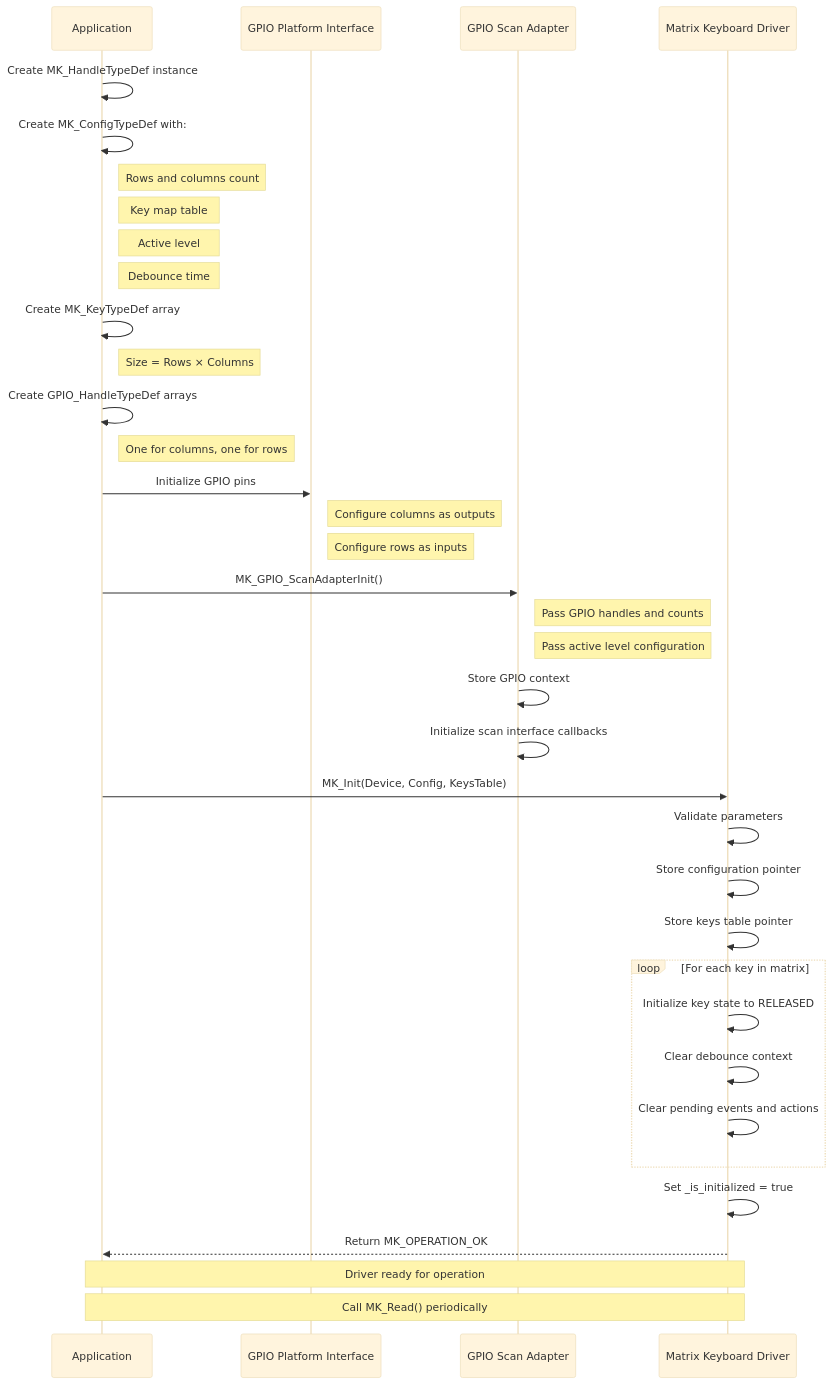
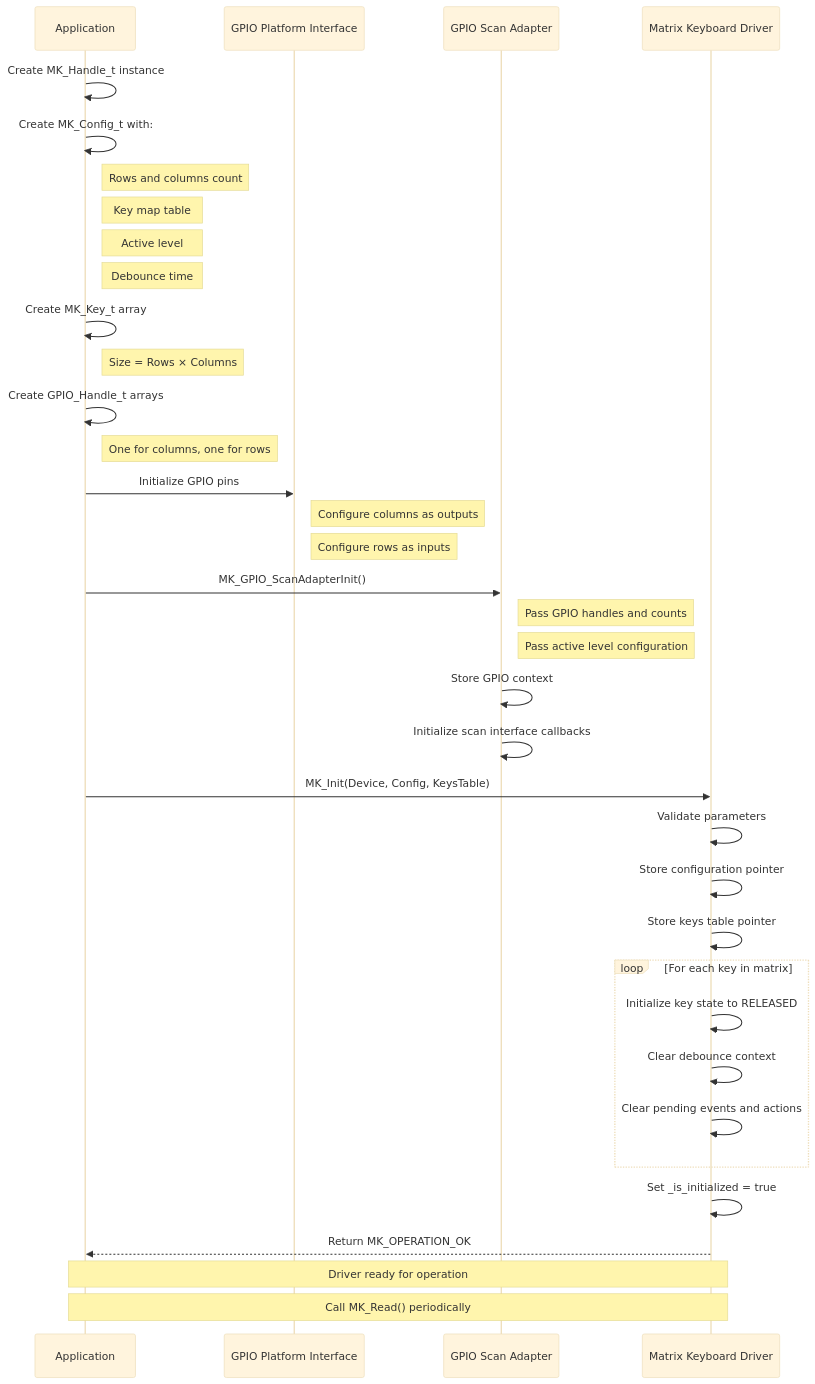
One commit to JP-REY/STM32F103C8T6-Based-Electronic-Lock changed the third of 6 diagrams in Libs/Components/MatrixKeyboard/README.md. Above: the diagram before and after it, drawn with Mermaid (base theme). The commit also changed other lines of this file and 32 other files, not shown here.

````diff
--- a/Libs/Components/MatrixKeyboard/README.md
+++ b/Libs/Components/MatrixKeyboard/README.md
@@ -522,50 +522,50 @@
 ```mermaid
 sequenceDiagram
     participant APP as Application
     participant GPIO as GPIO Platform Interface
     participant ADAPTER as GPIO Scan Adapter
     participant DRIVER as Matrix Keyboard Driver
 
-    APP->>APP: Create MK_HandleTypeDef instance
-    APP->>APP: Create MK_ConfigTypeDef with:
+    APP->>APP: Create MK_Handle_t instance
+    APP->>APP: Create MK_Config_t with:
     Note right of APP: Rows and columns count
     Note right of APP: Key map table
     Note right of APP: Active level
     Note right of APP: Debounce time
 
-    APP->>APP: Create MK_KeyTypeDef array
+    APP->>APP: Create MK_Key_t array
     Note right of APP: Size = Rows × Columns
 
-    APP->>APP: Create GPIO_HandleTypeDef arrays
+    APP->>APP: Create GPIO_Handle_t arrays
     Note right of APP: One for columns, one for rows
 
     APP->>GPIO: Initialize GPIO pins
     Note right of GPIO: Configure columns as outputs
     Note right of GPIO: Configure rows as inputs
 
     APP->>ADAPTER: MK_GPIO_ScanAdapterInit()
     Note right of ADAPTER: Pass GPIO handles and counts
     Note right of ADAPTER: Pass active level configuration
 
     ADAPTER->>ADAPTER: Store GPIO context
     ADAPTER->>ADAPTER: Initialize scan interface callbacks
 
     APP->>DRIVER: MK_Init(Device, Config, KeysTable)
 
     DRIVER->>DRIVER: Validate parameters
     DRIVER->>DRIVER: Store configuration pointer
     DRIVER->>DRIVER: Store keys table pointer
 
     loop For each key in matrix
         DRIVER->>DRIVER: Initialize key state to RELEASED
         DRIVER->>DRIVER: Clear debounce context
         DRIVER->>DRIVER: Clear pending events and actions
     end
 
     DRIVER->>DRIVER: Set _is_initialized = true
 
     DRIVER-->>APP: Return MK_OPERATION_OK
 
     Note over APP,DRIVER: Driver ready for operation
     Note over APP,DRIVER: Call MK_Read() periodically
 ```
````
